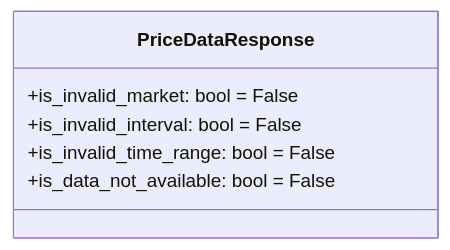
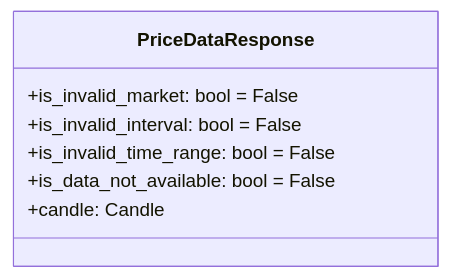
One commit to gatesplan/python-toolbox changed the tenth of 14 diagrams in packages/financial-assets/financial_assets/response/Architecture.md. Above: the diagram before and after it, drawn with Mermaid. The commit also changed other lines of this file and 1 other file, not shown here.

````diff
--- a/packages/financial-assets/financial_assets/response/Architecture.md
+++ b/packages/financial-assets/financial_assets/response/Architecture.md
@@ -354,9 +354,10 @@
 ```mermaid
 classDiagram
     class PriceDataResponse {
         +is_invalid_market: bool = False
         +is_invalid_interval: bool = False
         +is_invalid_time_range: bool = False
         +is_data_not_available: bool = False
+        +candle: Candle
     }
 ```
````
